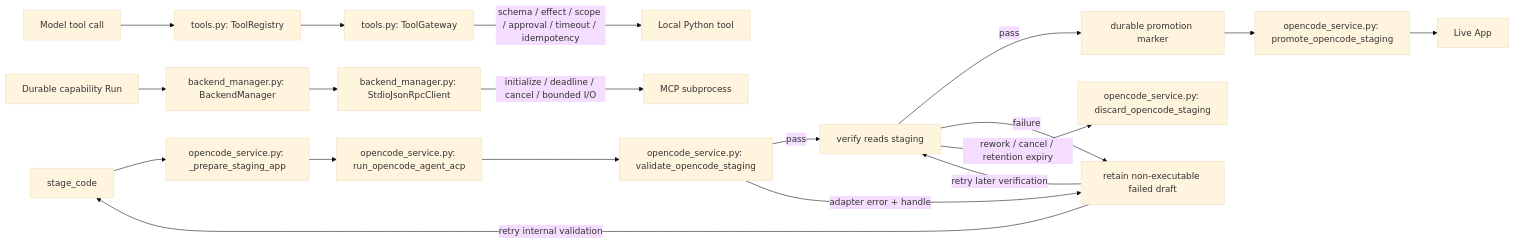
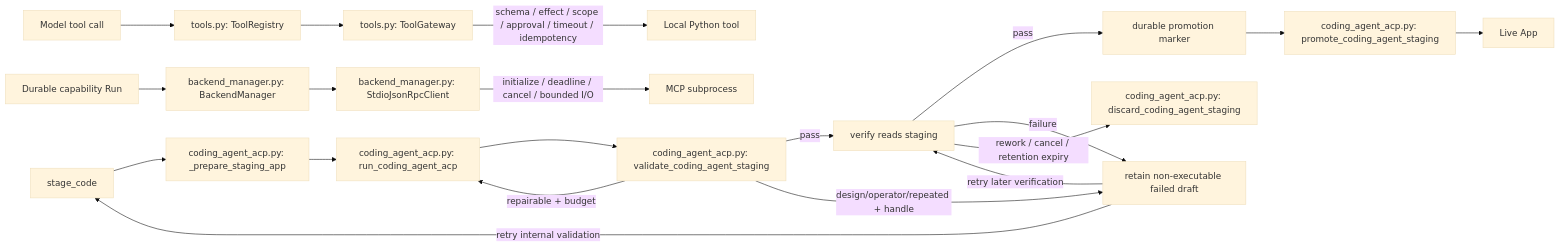
The fifth of 9 diagrams in docs/en/architecture/uml.md (BillShiyaoZhang/ambient-agent), drawn with Mermaid (base theme) before and after one commit. The commit also changed other lines of this file and 58 other files, not shown here.

````diff
--- a/docs/en/architecture/uml.md
+++ b/docs/en/architecture/uml.md
@@ -153,23 +153,24 @@
 ```mermaid
 flowchart LR
     Model[Model tool call] --> Registry[tools.py: ToolRegistry]
     Registry --> Gateway[tools.py: ToolGateway]
     Gateway -->|schema / effect / scope / approval / timeout / idempotency| LocalTool[Local Python tool]
 
     Run[Durable capability Run] --> Backend[backend_manager.py: BackendManager]
     Backend --> MCP[backend_manager.py: StdioJsonRpcClient]
     MCP -->|initialize / deadline / cancel / bounded I/O| Process[MCP subprocess]
 
-    Stage[stage_code] --> Prepare[opencode_service.py: _prepare_staging_app]
-    Prepare --> ACP[opencode_service.py: run_opencode_agent_acp]
-    ACP --> Validate[opencode_service.py: validate_opencode_staging]
+    Stage[stage_code] --> Prepare[coding_agent_acp.py: _prepare_staging_app]
+    Prepare --> ACP[coding_agent_acp.py: run_coding_agent_acp]
+    ACP --> Validate[coding_agent_acp.py: validate_coding_agent_staging]
+    Validate -->|repairable + budget| ACP
     Validate -->|pass| Verify[verify reads staging]
-    Validate -->|adapter error + handle| Retain[retain non-executable failed draft]
+    Validate -->|design/operator/repeated + handle| Retain[retain non-executable failed draft]
     Verify -->|pass| Marker[durable promotion marker]
-    Marker --> Promote[opencode_service.py: promote_opencode_staging]
+    Marker --> Promote[coding_agent_acp.py: promote_coding_agent_staging]
     Verify -->|failure| Retain
     Retain -->|retry internal validation| Stage
     Retain -->|retry later verification| Verify
-    Verify -->|rework / cancel / retention expiry| Discard[opencode_service.py: discard_opencode_staging]
+    Verify -->|rework / cancel / retention expiry| Discard[coding_agent_acp.py: discard_coding_agent_staging]
     Promote --> Live[Live App]
 ```
````
